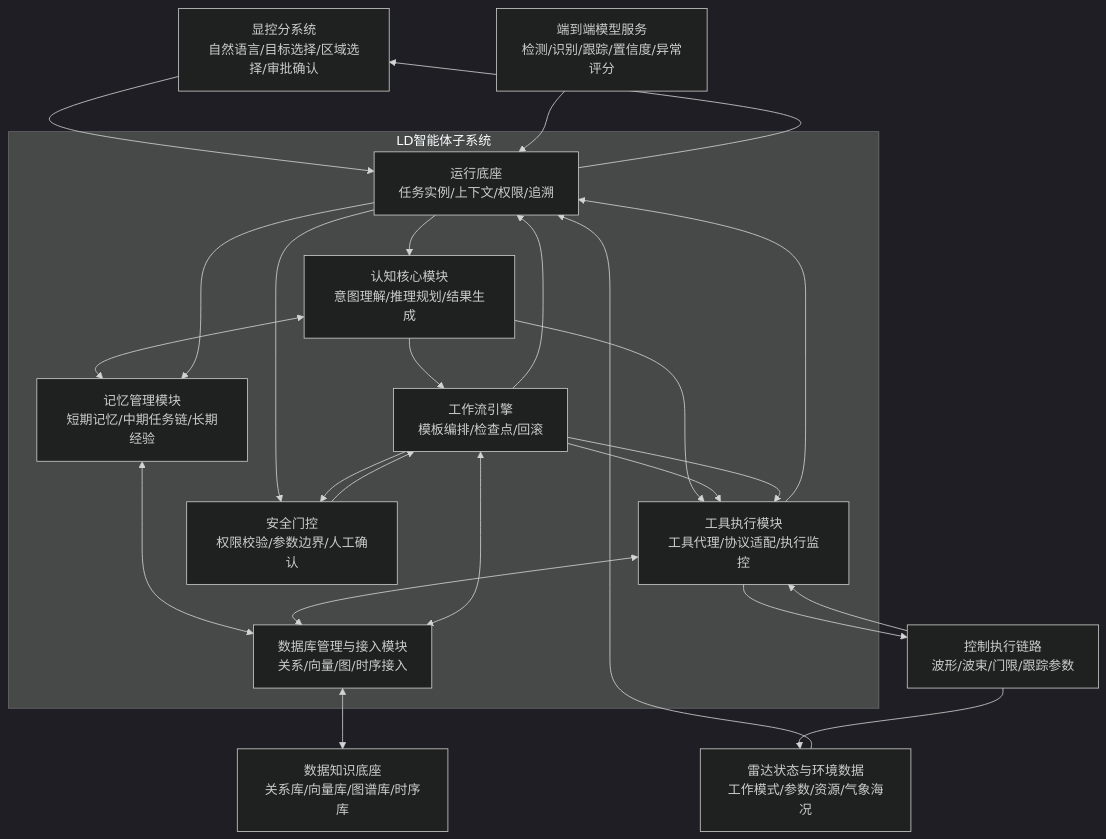
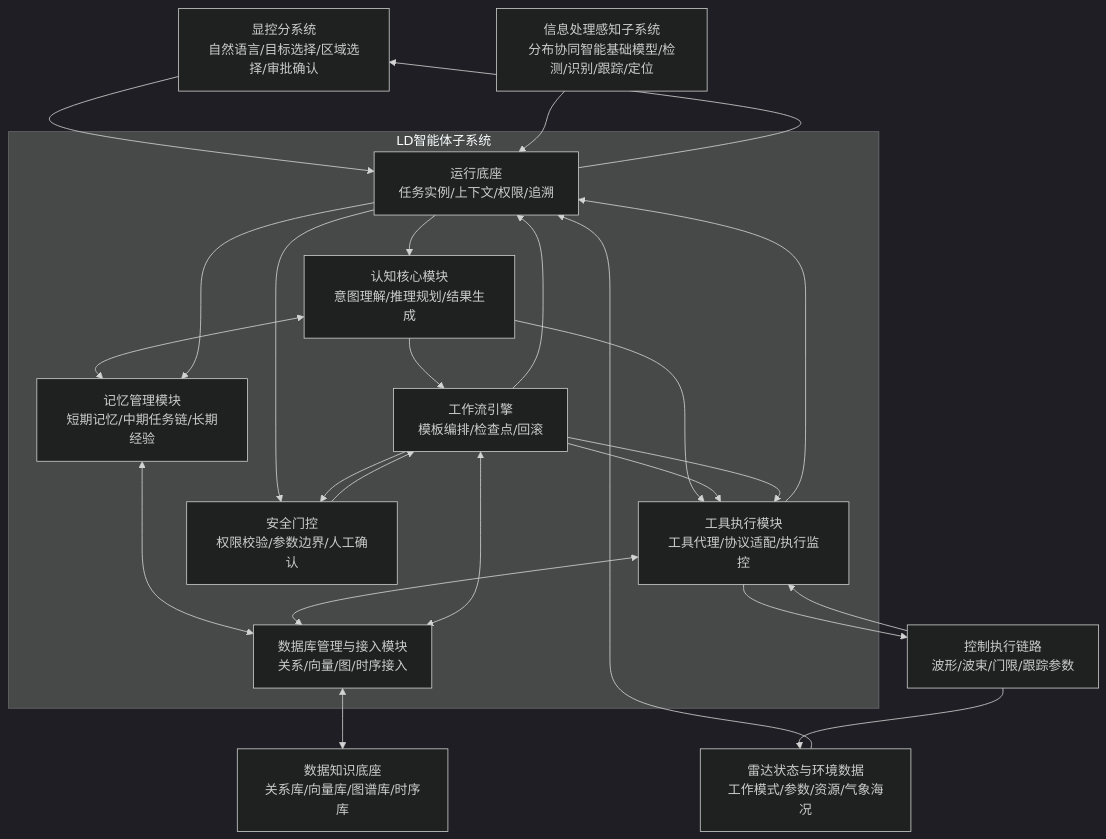
One commit to StormSeven1/obsidian-vault changed the first of 7 diagrams in radar agent/4.3.3.2 LD智能体子系统技术方案.md. Above: the diagram before and after it, drawn with Mermaid (dark theme). The commit also changed other lines of this file, not shown here.

````diff
--- a/radar agent/4.3.3.2 LD智能体子系统技术方案.md
+++ b/radar agent/4.3.3.2 LD智能体子系统技术方案.md
@@ -21,42 +21,42 @@
 ```mermaid
 graph TB
     HMI[显控分系统<br/>自然语言/目标选择/区域选择/审批确认]
-    MODEL[端到端模型服务<br/>检测/识别/跟踪/置信度/异常评分]
+    MODEL[信息处理感知子系统<br/>分布协同智能基础模型/检测/识别/跟踪/定位]
     STATUS[雷达状态与环境数据<br/>工作模式/参数/资源/气象海况]
     CONTROL[控制执行链路<br/>波形/波束/门限/跟踪参数]
     DATA[数据知识底座<br/>关系库/向量库/图谱库/时序库]
 
     subgraph AGENT[LD智能体子系统]
         HARNESS[运行底座<br/>任务实例/上下文/权限/追溯]
         COG[认知核心模块<br/>意图理解/推理规划/结果生成]
         MEM[记忆管理模块<br/>短期记忆/中期任务链/长期经验]
         TOOL[工具执行模块<br/>工具代理/协议适配/执行监控]
         FLOW[工作流引擎<br/>模板编排/检查点/回滚]
         DB[数据库管理与接入模块<br/>关系/向量/图/时序接入]
         GUARD[安全门控<br/>权限校验/参数边界/人工确认]
     end
 
     HMI --> HARNESS
     MODEL --> HARNESS
     STATUS --> HARNESS
     HARNESS --> COG
     COG <--> MEM
     MEM <--> DB
     COG --> TOOL
     COG --> FLOW
     FLOW --> TOOL
     TOOL <--> DB
     FLOW <--> DB
     DB <--> DATA
     HARNESS --> GUARD
     FLOW --> GUARD
     GUARD --> FLOW
     FLOW --> TOOL
     TOOL --> CONTROL
     CONTROL --> TOOL
     CONTROL --> STATUS
     TOOL --> HARNESS
     FLOW --> HARNESS
     HARNESS --> HMI
     HARNESS --> MEM
 ```
````
